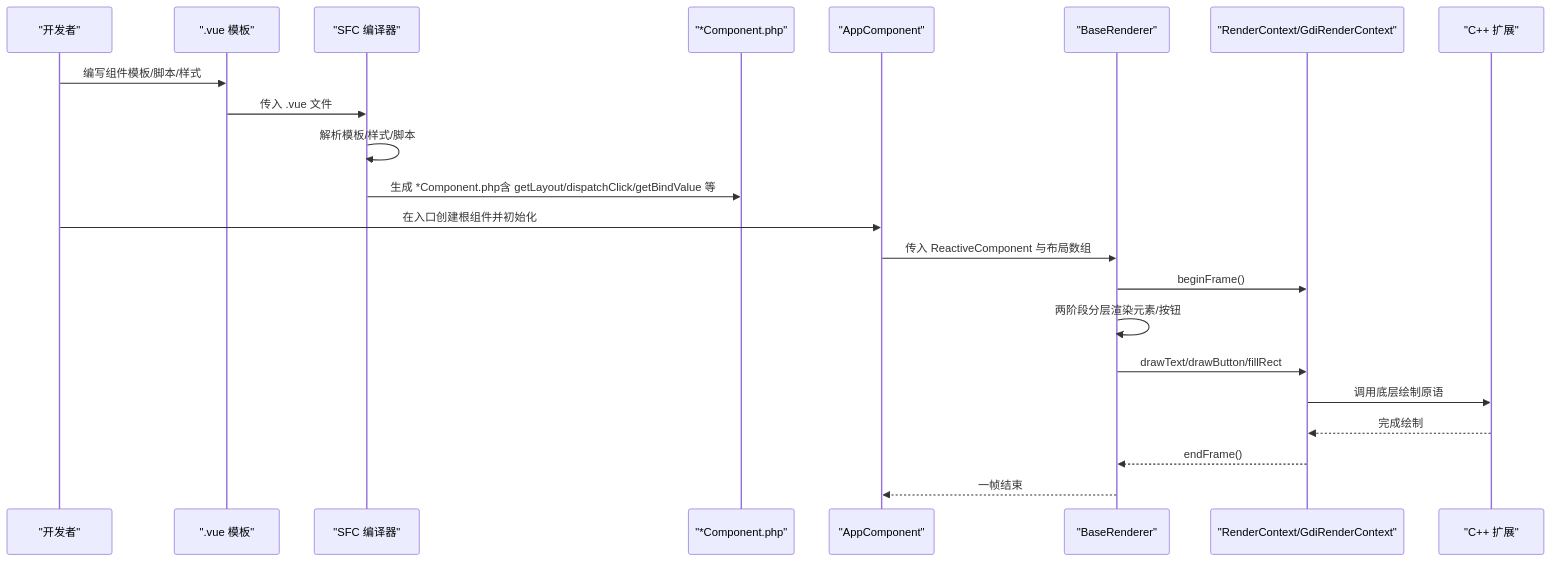
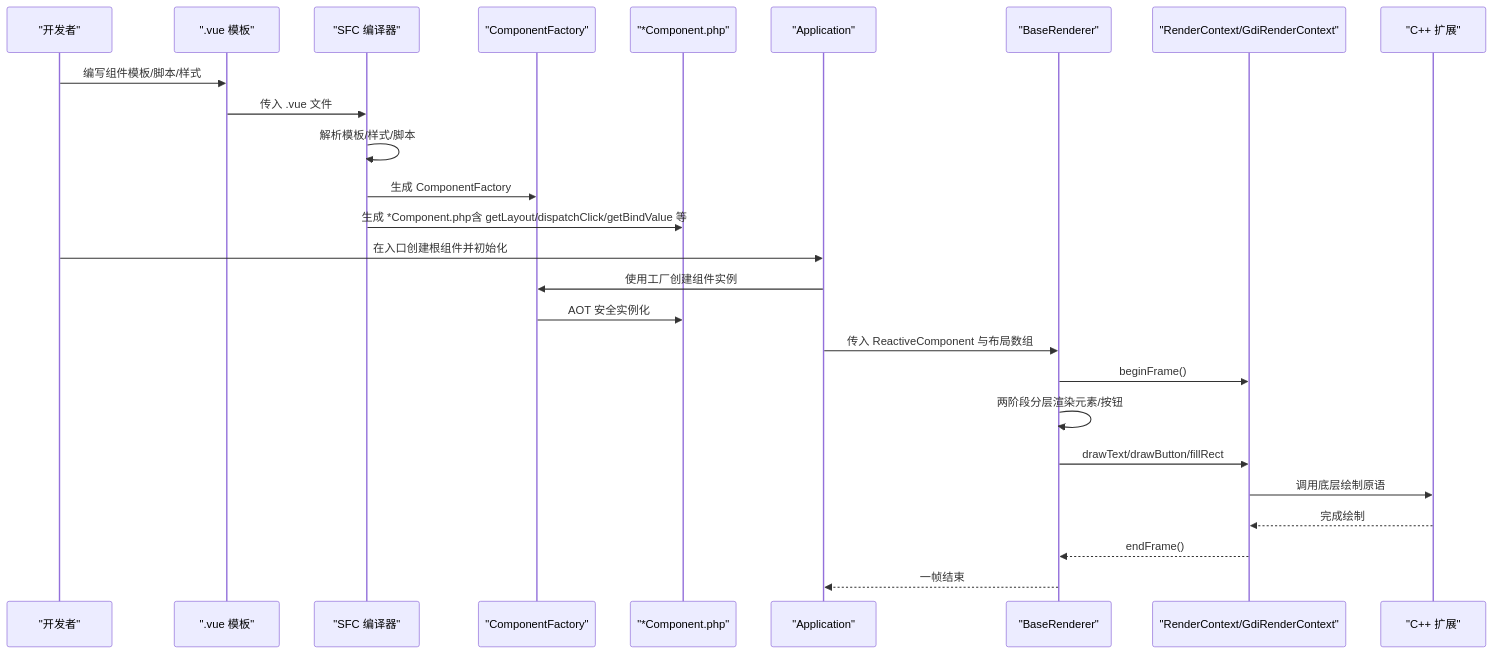
Before and after one commit to xingye00186/PUI: the second of 8 diagrams in .qoder/repowiki/zh/content/组件系统详解/组件系统详解.md, drawn with Mermaid. The commit also changed other lines of this file and 10 other files, not shown here.

````diff
--- a/.qoder/repowiki/zh/content/组件系统详解/组件系统详解.md
+++ b/.qoder/repowiki/zh/content/组件系统详解/组件系统详解.md
@@ -122,24 +150,28 @@
 ```mermaid
 sequenceDiagram
 participant Dev as "开发者"
 participant Vue as ".vue 模板"
 participant SFC as "SFC 编译器"
+participant Factory as "ComponentFactory"
 participant Gen as "*Component.php"
-participant App as "AppComponent"
+participant App as "Application"
 participant Renderer as "BaseRenderer"
 participant RCtx as "RenderContext/GdiRenderContext"
 participant GDI as "C++ 扩展"
 Dev->>Vue : 编写组件模板/脚本/样式
 Vue->>SFC : 传入 .vue 文件
 SFC->>SFC : 解析模板/样式/脚本
+SFC->>Factory : 生成 ComponentFactory
 SFC->>Gen : 生成 *Component.php含 getLayout/dispatchClick/getBindValue 等
 Dev->>App : 在入口创建根组件并初始化
+App->>Factory : 使用工厂创建组件实例
+Factory->>Gen : AOT 安全实例化
 App->>Renderer : 传入 ReactiveComponent 与布局数组
 Renderer->>RCtx : beginFrame()
 Renderer->>Renderer : 两阶段分层渲染元素/按钮
 Renderer->>RCtx : drawText/drawButton/fillRect
 RCtx->>GDI : 调用底层绘制原语
 GDI-->>RCtx : 完成绘制
 RCtx-->>Renderer : endFrame()
 Renderer-->>App : 一帧结束
 ```
````
